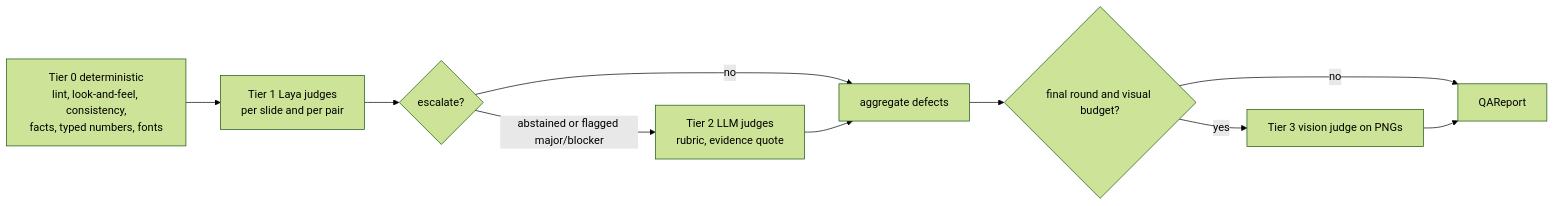
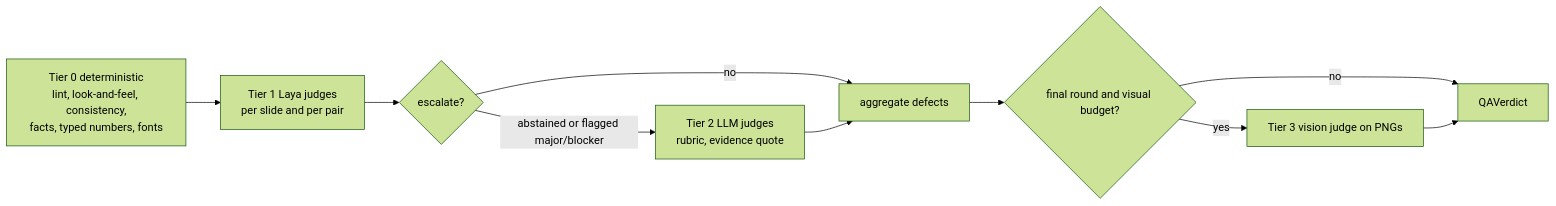
Before and after one commit to biswajoy-iitgn/presentation_maker: the diagram in docs/build/09_laya_decisions_and_evaluators.md, drawn with Mermaid (forest theme). The commit also changed other lines of this file and 27 other files, not shown here.

````diff
--- a/docs/build/09_laya_decisions_and_evaluators.md
+++ b/docs/build/09_laya_decisions_and_evaluators.md
@@ -193,12 +202,12 @@
 ```mermaid
 flowchart LR
   T0[Tier 0 deterministic<br/>lint, look-and-feel, consistency,<br/>facts, typed numbers, fonts] --> T1[Tier 1 Laya judges<br/>per slide and per pair]
   T1 --> ESC{escalate?}
   ESC -- abstained or flagged major/blocker --> T2[Tier 2 LLM judges<br/>rubric, evidence quote]
   ESC -- no --> AGG
   T2 --> AGG[aggregate defects]
   AGG --> T3{final round and visual budget?}
   T3 -- yes --> V[Tier 3 vision judge on PNGs]
   T3 -- no --> OUT
-  V --> OUT[QAReport]
+  V --> OUT[QAVerdict]
 ```
````
